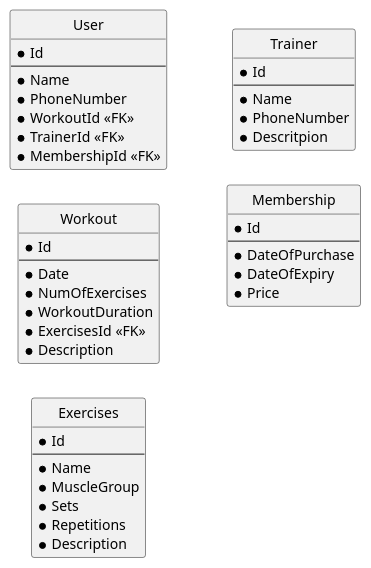
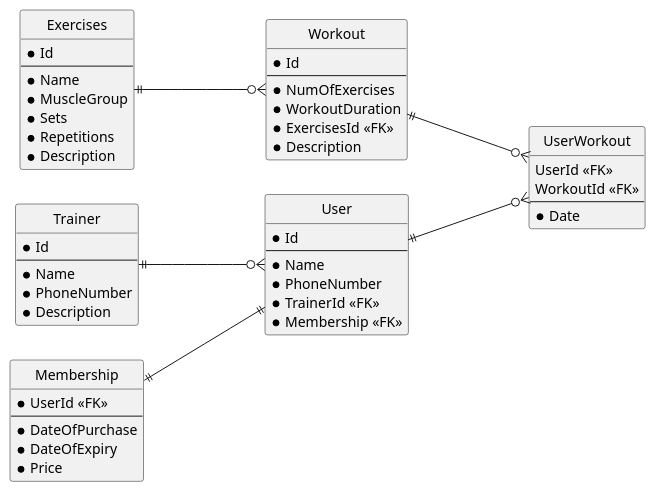
Before and after one commit to PeterMalinowski/FitnessModell: the diagram in fitness.puml, drawn with PlantUML. The commit also changed other lines of this file, not shown here.

Commit message:
fitness.puml fertig

```diff
--- a/fitness.puml
+++ b/fitness.puml
@@ -1,54 +1,65 @@
 @startuml fitness
 
 hide circle
 left to right direction
 
 
 entity User{
     *Id
     ---
     *Name
     *PhoneNumber
-    *WorkoutId <<FK>>
     *TrainerId <<FK>>
-    *MembershipId <<FK>>
+    *Membership <<FK>>
 }
 
 entity Workout{
     *Id
     ---
-    *Date
     *NumOfExercises
     *WorkoutDuration
     *ExercisesId <<FK>>
     *Description
 }
 
 entity Exercises{
     *Id
     ---
     *Name
     *MuscleGroup
     *Sets
     *Repetitions
     *Description
 }
 
 entity Trainer{
     *Id
     ---
     *Name
     *PhoneNumber
-    *Descritpion
+    *Description
 }
 
 entity Membership{
-    *Id
+    *UserId <<FK>>
     ---
     *DateOfPurchase
     *DateOfExpiry
     *Price
 }
 
+entity UserWorkout{
+    UserId <<FK>>
+    WorkoutId <<FK>>
+    ---
+    *Date
+}
+
+
+Workout||---o{UserWorkout
+User ||---o{ UserWorkout
+Exercises ||---o{ Workout
+Trainer ||---o{ User
+Membership ||---|| User
 
 @enduml
```
